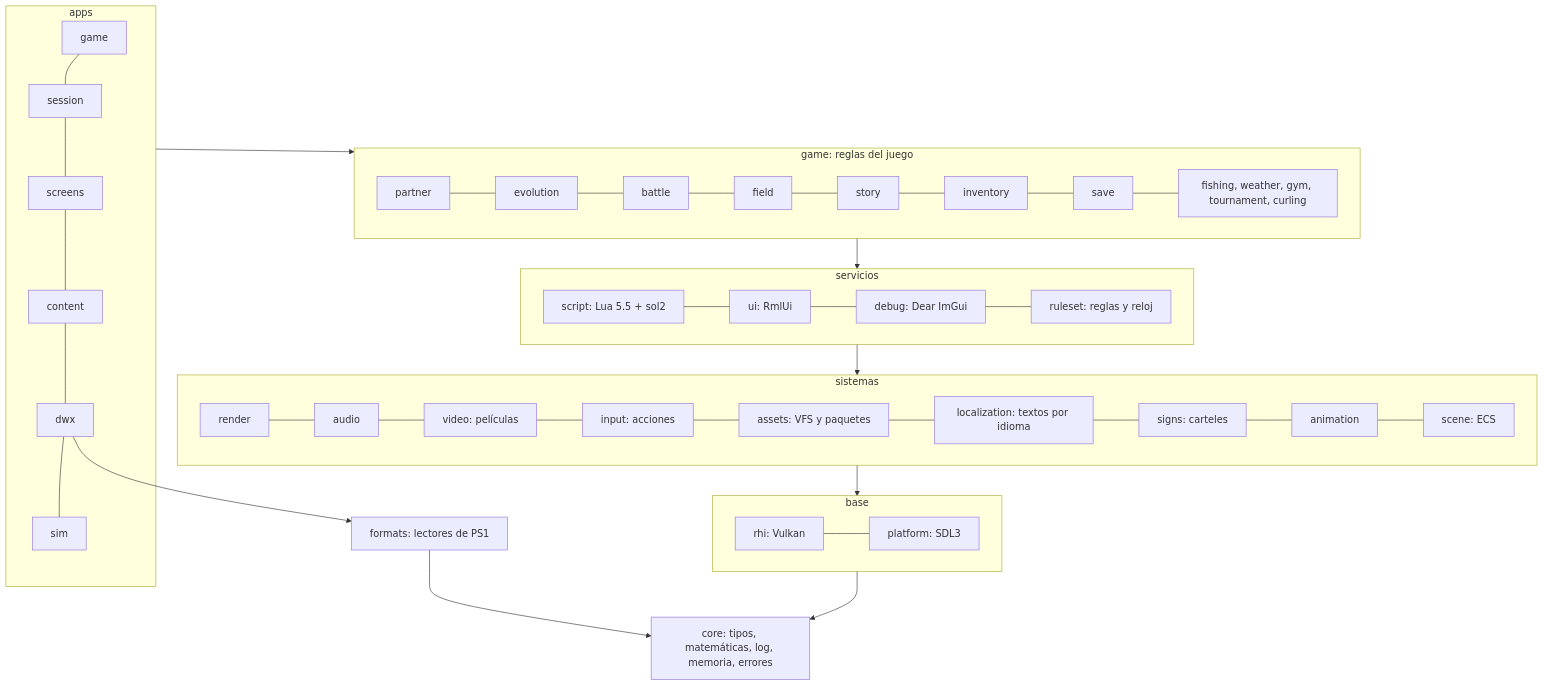
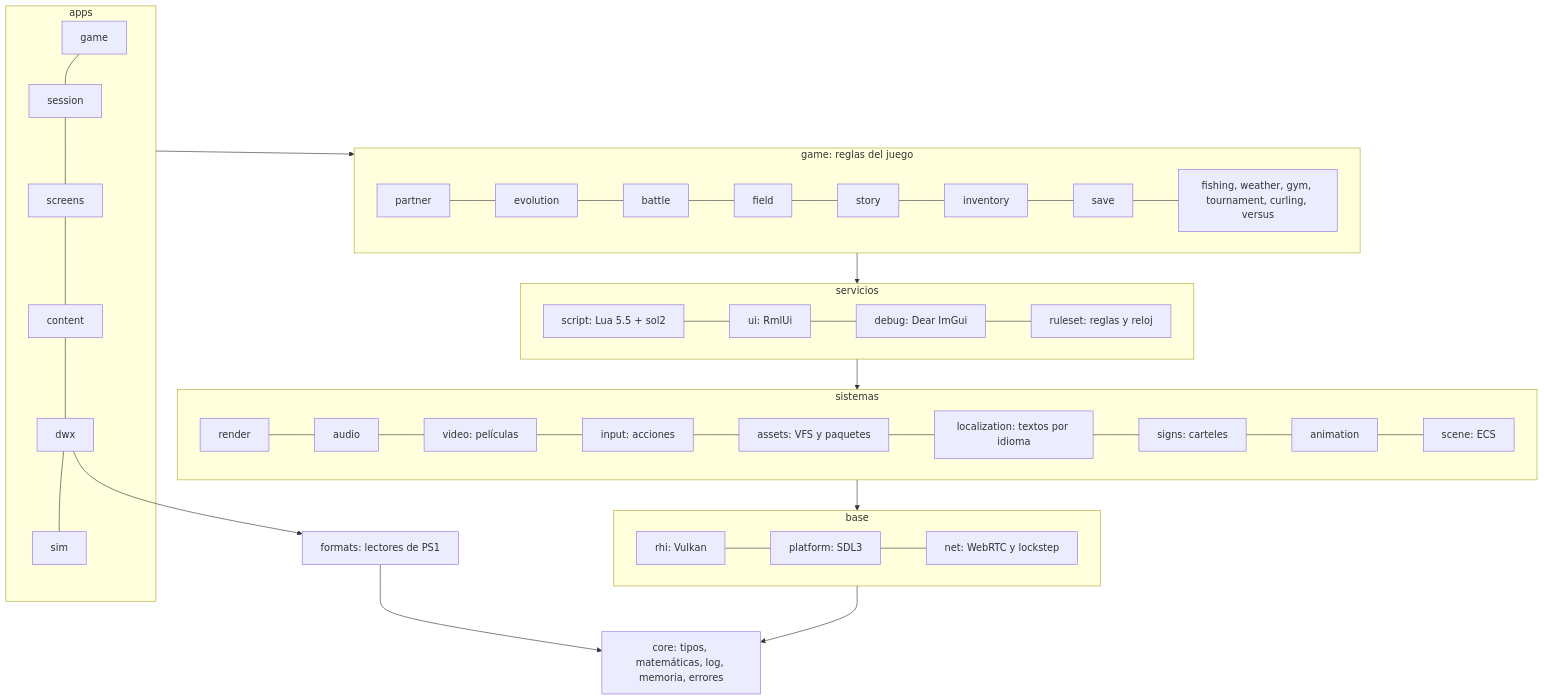
The second of 2 diagrams in docs/architecture/overview.md (Indie-Modding-Games/dw-engine), drawn with Mermaid before and after one commit. The commit also changed 377 other files, not shown here.

````diff
--- a/docs/architecture/overview.md
+++ b/docs/architecture/overview.md
@@ -51,23 +51,23 @@
 ```mermaid
 flowchart TB
     subgraph apps[apps]
         game_app[game] --- session[session] --- screens[screens] --- content[content] --- dwx[dwx] --- sim[sim]
     end
     subgraph gameplay[game: reglas del juego]
-        partner --- evolution --- battle --- field --- story --- inventory --- save --- minigames[fishing, weather, gym, tournament, curling]
+        partner --- evolution --- battle --- field --- story --- inventory --- save --- minigames[fishing, weather, gym, tournament, curling, versus]
     end
     subgraph services[servicios]
         script[script: Lua 5.5 + sol2] --- ui[ui: RmlUi] --- debug[debug: Dear ImGui] --- ruleset[ruleset: reglas y reloj]
     end
     subgraph systems[sistemas]
         render --- audio --- video[video: películas] --- input[input: acciones] --- assets[assets: VFS y paquetes] --- localization[localization: textos por idioma] --- signs[signs: carteles] --- animation --- scene[scene: ECS]
     end
     subgraph base[base]
-        rhi[rhi: Vulkan] --- platform[platform: SDL3]
+        rhi[rhi: Vulkan] --- platform[platform: SDL3] --- net[net: WebRTC y lockstep]
     end
     core[core: tipos, matemáticas, log, memoria, errores]
     formats[formats: lectores de PS1]
 
     apps --> gameplay --> services --> systems --> base --> core
     dwx --> formats --> core
 ```
````
